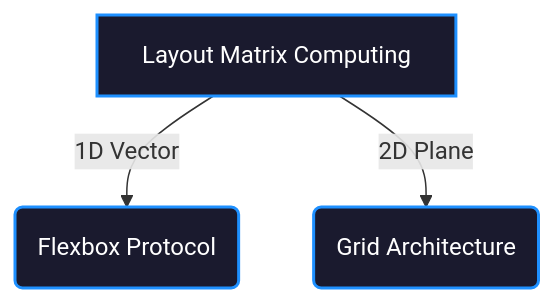
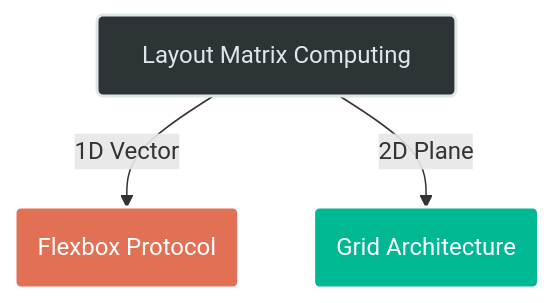
Before and after one commit to SonamNarula/ChaiCode-Dev-Cohort: the third of 3 diagrams in README.md, drawn with Mermaid. The commit also changed other lines of this file, not shown here.

Commit message:
docs: apply vibrant custom color palettes to Mermaid flowcharts

````diff
--- a/README.md
+++ b/README.md
@@ -55,7 +64,10 @@
 ```mermaid
 flowchart TD
-    classDef layout fill:#1a1a2e,stroke:#1e90ff,stroke-width:2px,color:#fff;
-    A[Layout Matrix Computing]:::layout
-    A -->|1D Vector| B(Flexbox Protocol):::layout
-    A -->|2D Plane| C(Grid Architecture):::layout
+    classDef main fill:#2d3436,stroke:#dfe6e9,stroke-width:2px,color:#dfe6e9,rx:4px,ry:4px;
+    classDef flex fill:#e17055,stroke:#fff,stroke-width:2px,color:#fff,rx:4px,ry:4px;
+    classDef grid fill:#00b894,stroke:#fff,stroke-width:2px,color:#fff,rx:4px,ry:4px;
+
+    A[Layout Matrix Computing]:::main
+    A -->|1D Vector| B(Flexbox Protocol):::flex
+    A -->|2D Plane| C(Grid Architecture):::grid
 ```
````
